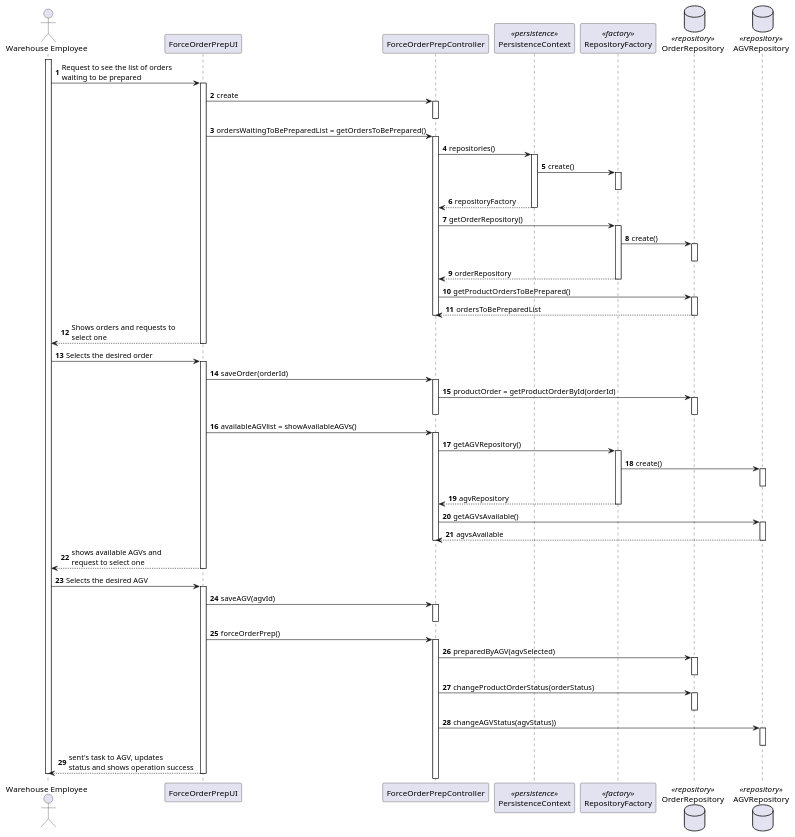
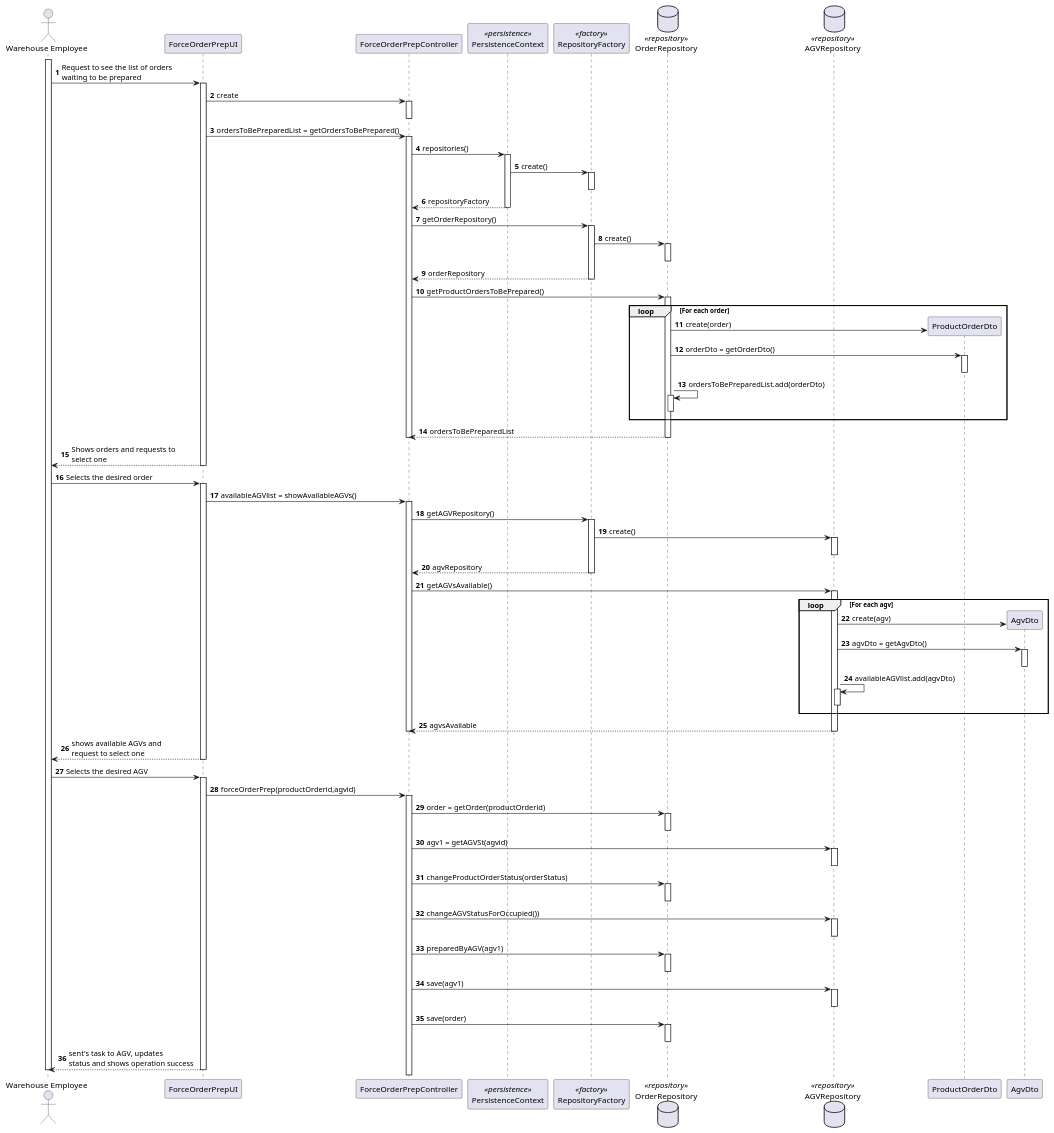
The diagram in docs/1201382/US2003/US2003_SD.puml (0franciscor/lei21_22_s4_2de_01), drawn with PlantUML before and after one commit. The commit also changed 1 other file, not shown here.

```diff
--- a/docs/1201382/US2003/US2003_SD.puml
+++ b/docs/1201382/US2003/US2003_SD.puml
@@ -1,120 +1,148 @@
 @startuml
 autonumber
 actor "Warehouse Employee" as WE
 participant "ForceOrderPrepUI" as UI
 participant "ForceOrderPrepController" as CTR
 participant PersistenceContext as PERSISTENCE <<persistence>>
 participant RepositoryFactory as FACTORY <<factory>>
 database OrderRepository as REPOSITORY_ORDERS <<repository>>
 database AGVRepository as REPOSITORY_AGV <<repository>>
-
+participant ProductOrderDto as PODTO
+participant AgvDto as AGVDTO
 
 activate WE
 WE -> UI : Request to see the list of orders \nwaiting to be prepared
 activate UI
 UI -> CTR : create
 activate CTR
 deactivate CTR
-UI -> CTR : ordersWaitingToBePreparedList = getOrdersToBePrepared()
+UI -> CTR : ordersToBePreparedList = getOrdersToBePrepared()
 activate CTR
 
 CTR -> PERSISTENCE : repositories()
 
 activate PERSISTENCE
 
 PERSISTENCE -> FACTORY : create()
 
 activate FACTORY
 deactivate FACTORY
 
 PERSISTENCE --> CTR : repositoryFactory
 
 deactivate PERSISTENCE
 
 CTR -> FACTORY : getOrderRepository()
 
 activate FACTORY
 
 FACTORY -> REPOSITORY_ORDERS : create()
-
 activate REPOSITORY_ORDERS
 deactivate REPOSITORY_ORDERS
 
 FACTORY --> CTR : orderRepository
 deactivate FACTORY
 
 CTR -> REPOSITORY_ORDERS : getProductOrdersToBePrepared()
 
 activate REPOSITORY_ORDERS
+
+loop For each order
+REPOSITORY_ORDERS -> PODTO** : create(order)
+REPOSITORY_ORDERS -> PODTO : orderDto = getOrderDto()
+activate PODTO
+deactivate PODTO
+REPOSITORY_ORDERS -> REPOSITORY_ORDERS : ordersToBePreparedList.add(orderDto)
+activate REPOSITORY_ORDERS
+deactivate REPOSITORY_ORDERS
+end loop
+
 
 REPOSITORY_ORDERS --> CTR : ordersToBePreparedList
 deactivate REPOSITORY_ORDERS
 
 
 
 
 
 
 
 deactivate CTR
 UI --> WE : Shows orders and requests to \nselect one
 deactivate UI
 
 WE -> UI : Selects the desired order
 activate UI
-UI -> CTR : saveOrder(orderId)
-activate CTR
-CTR -> REPOSITORY_ORDERS : productOrder = getProductOrderById(orderId)
-activate REPOSITORY_ORDERS
-deactivate REPOSITORY_ORDERS
-deactivate CTR
+
 UI -> CTR : availableAGVlist = showAvailableAGVs()
 activate CTR
 
 
 
 CTR -> FACTORY : getAGVRepository()
 
 activate FACTORY
 
 FACTORY -> REPOSITORY_AGV : create()
 
 activate REPOSITORY_AGV
 deactivate REPOSITORY_AGV
 
 FACTORY --> CTR : agvRepository
 deactivate FACTORY
 
 CTR -> REPOSITORY_AGV : getAGVsAvailable()
 
 activate REPOSITORY_AGV
 
+loop For each agv
+REPOSITORY_AGV -> AGVDTO** : create(agv)
+REPOSITORY_AGV -> AGVDTO : agvDto = getAgvDto()
+activate AGVDTO
+deactivate AGVDTO
+REPOSITORY_AGV -> REPOSITORY_AGV : availableAGVlist.add(agvDto)
+activate REPOSITORY_AGV
+deactivate REPOSITORY_AGV
+end loop
+
 REPOSITORY_AGV --> CTR : agvsAvailable
 deactivate REPOSITORY_AGV
 deactivate CTR
 UI --> WE : shows available AGVs and \nrequest to select one
 deactivate UI
 
 WE -> UI : Selects the desired AGV
 activate UI
-UI -> CTR : saveAGV(agvId)
+UI -> CTR : forceOrderPrep(productOrderid,agvid)
 activate CTR
-deactivate CTR
-UI -> CTR : forceOrderPrep()
-activate CTR
-CTR -> REPOSITORY_ORDERS : preparedByAGV(agvSelected)
+
+CTR -> REPOSITORY_ORDERS : order = getOrder(productOrderid)
 activate REPOSITORY_ORDERS
 deactivate REPOSITORY_ORDERS
+
+CTR -> REPOSITORY_AGV : agv1 = getAGVSt(agvid)
+activate REPOSITORY_AGV
+deactivate REPOSITORY_AGV
+
 CTR -> REPOSITORY_ORDERS : changeProductOrderStatus(orderStatus)
 activate REPOSITORY_ORDERS
 deactivate REPOSITORY_ORDERS
-CTR -> REPOSITORY_AGV : changeAGVStatus(agvStatus))
+CTR -> REPOSITORY_AGV : changeAGVStatusForOccupied())
 activate REPOSITORY_AGV
 deactivate REPOSITORY_AGV
+CTR -> REPOSITORY_ORDERS : preparedByAGV(agv1)
+activate REPOSITORY_ORDERS
+deactivate REPOSITORY_ORDERS
+CTR -> REPOSITORY_AGV : save(agv1)
+activate REPOSITORY_AGV
+deactivate REPOSITORY_AGV
+CTR -> REPOSITORY_ORDERS : save(order)
+activate REPOSITORY_ORDERS
+deactivate REPOSITORY_ORDERS
 
 UI --> WE : sent's task to AGV, updates \nstatus and shows operation success
 deactivate UI
 
 deactivate WE
 
 @enduml
```
